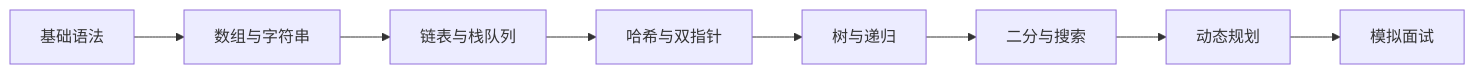
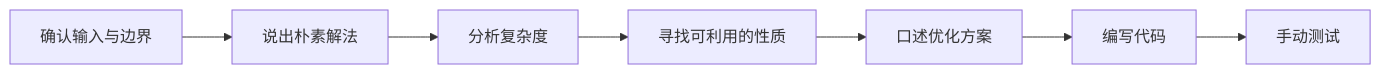
Before and after one commit to wuyoueeee/CS-Job-Guide: the diagram in docs/基础知识/数据结构与算法刷题计划.md, drawn with Mermaid. The commit also changed other lines of this file and 9 other files, not shown here.

````diff
--- a/docs/基础知识/数据结构与算法刷题计划.md
+++ b/docs/基础知识/数据结构与算法刷题计划.md
@@ -7,10 +15,9 @@
 ```mermaid
 flowchart LR
-    A[基础语法] --> B[数组与字符串]
-    B --> C[链表与栈队列]
-    C --> D[哈希与双指针]
-    D --> E[树与递归]
-    E --> F[二分与搜索]
-    F --> G[动态规划]
-    G --> H[模拟面试]
+    A["确认输入与边界"] --> B["说出朴素解法"]
+    B --> C["分析复杂度"]
+    C --> D["寻找可利用的性质"]
+    D --> E["口述优化方案"]
+    E --> F["编写代码"]
+    F --> G["手动测试"]
 ```
````
